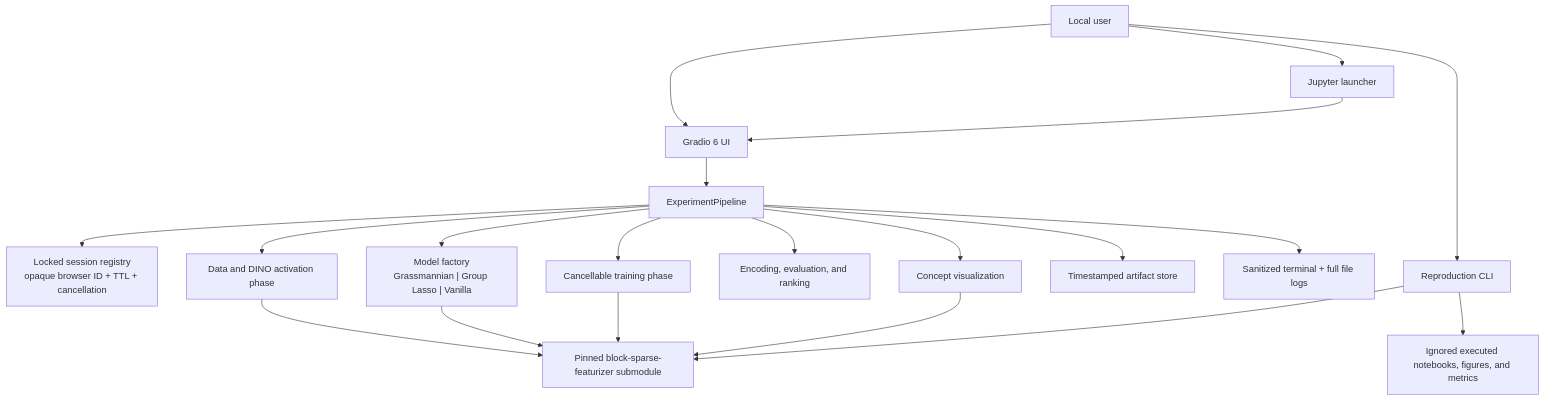
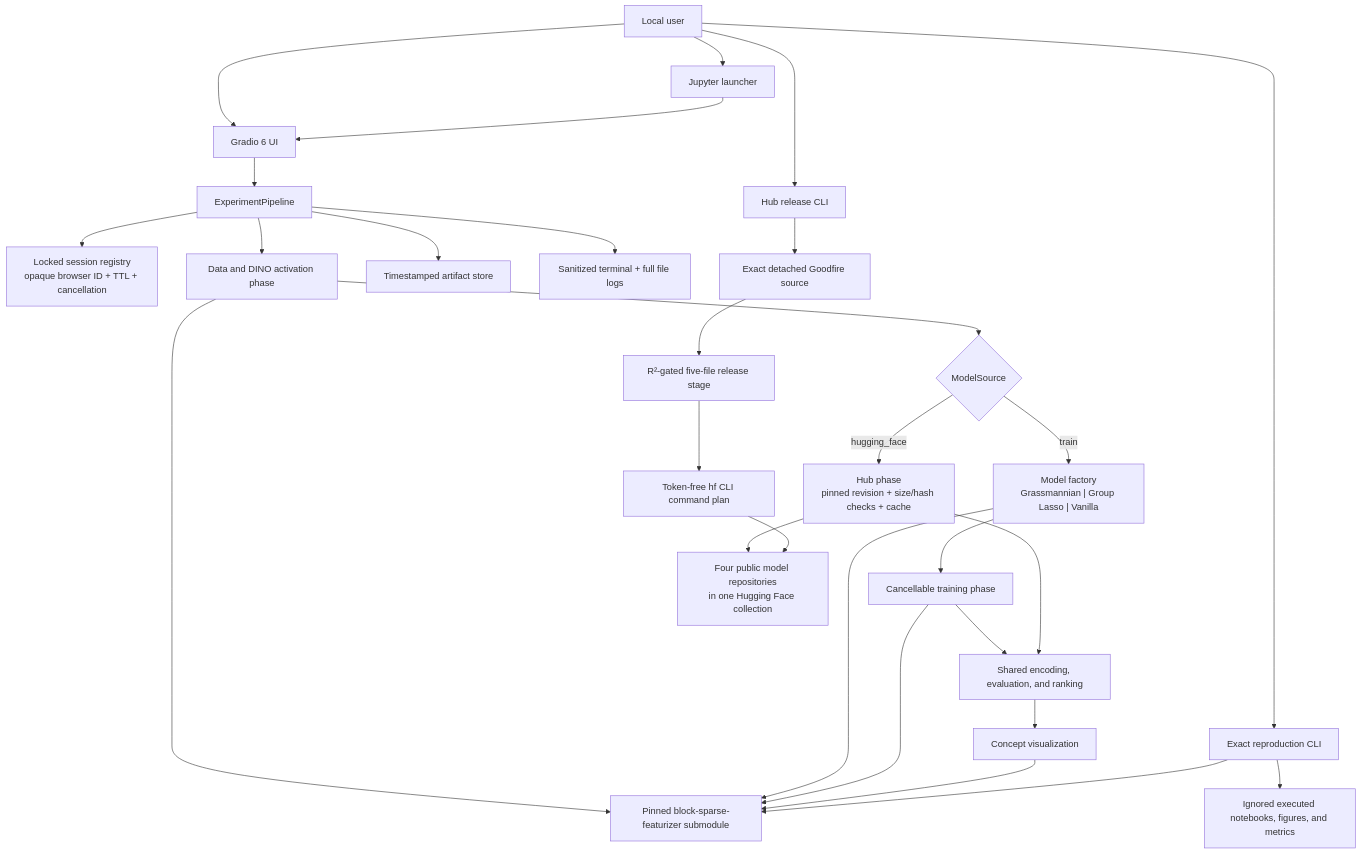
Before and after one commit to BurnyCoder/block-sparse-featurizer-experiments: the diagram in README.md, drawn with Mermaid. The commit also changed other lines of this file and 1 other file, not shown here.

````diff
--- a/README.md
+++ b/README.md
@@ -215,22 +312,31 @@
 ```mermaid
 flowchart TD
     U["Local user"] --> G["Gradio 6 UI"]
     U --> J["Jupyter launcher"]
-    U --> C["Reproduction CLI"]
+    U --> C["Exact reproduction CLI"]
+    U --> RC["Hub release CLI"]
     G --> P["ExperimentPipeline"]
     J --> G
     P --> S["Locked session registry\nopaque browser ID + TTL + cancellation"]
     P --> D["Data and DINO activation phase"]
-    P --> M["Model factory\nGrassmannian | Group Lasso | Vanilla"]
-    P --> T["Cancellable training phase"]
-    P --> A["Encoding, evaluation, and ranking"]
-    P --> V["Concept visualization"]
+    D --> Q{"ModelSource"}
+    Q -->|train| M["Model factory\nGrassmannian | Group Lasso | Vanilla"]
+    M --> T["Cancellable training phase"]
+    Q -->|hugging_face| H["Hub phase\npinned revision + size/hash checks + cache"]
+    H --> HF["Four public model repositories\nin one Hugging Face collection"]
+    T --> A["Shared encoding, evaluation, and ranking"]
+    H --> A
+    A --> V["Concept visualization"]
     D --> B["Pinned block-sparse-featurizer submodule"]
     M --> B
     T --> B
     V --> B
     P --> R["Timestamped artifact store"]
     P --> L["Sanitized terminal + full file logs"]
     C --> B
     C --> O["Ignored executed notebooks, figures, and metrics"]
+    RC --> X["Exact detached Goodfire source"]
+    X --> ST["R²-gated five-file release stage"]
+    ST --> HC["Token-free hf CLI command plan"]
+    HC --> HF
 ```
````
